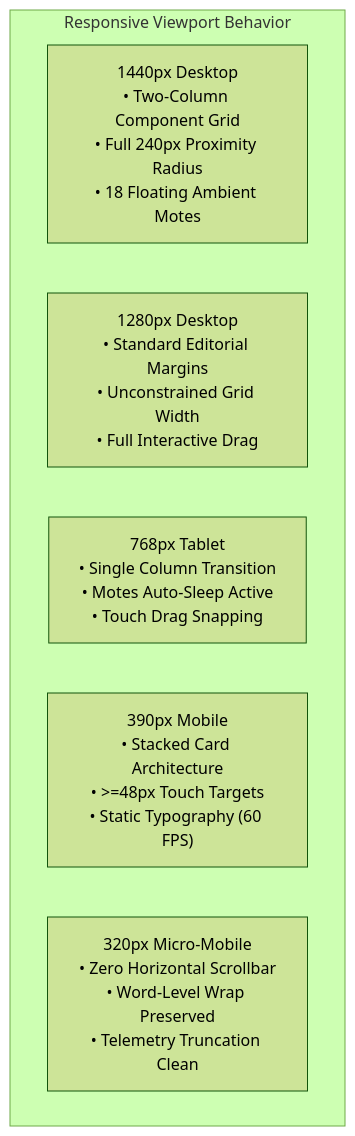
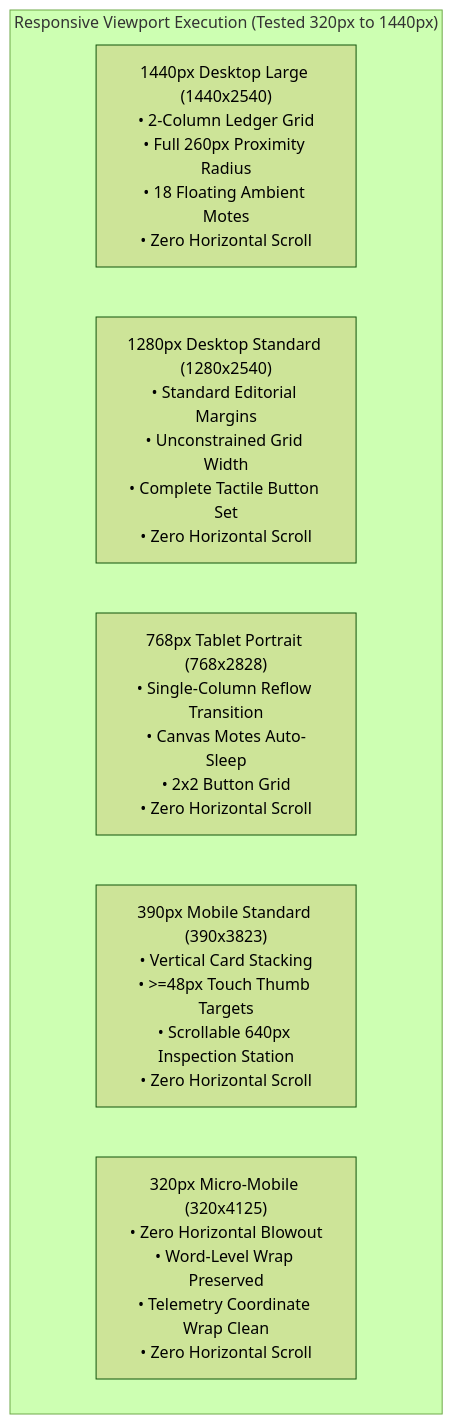
One commit to jimfleax/safepaws_sih changed the third of 3 diagrams in docs/SAFEPAWS_INCREMENT_1R_PANEL_A_VISUAL_REVIEW.md. Above: the diagram before and after it, drawn with Mermaid (forest theme). The commit also changed other lines of this file and 16 other files, not shown here.

Commit message:
feat: update SAFEPAWS project tracker and milestone documentation for Increment 1R-C; enhance InteractiveSticker component with reduced motion support and improved drag handling; update visual assets and testing specifications

````diff
--- a/docs/SAFEPAWS_INCREMENT_1R_PANEL_A_VISUAL_REVIEW.md
+++ b/docs/SAFEPAWS_INCREMENT_1R_PANEL_A_VISUAL_REVIEW.md
@@ -104,10 +182,10 @@
 ```mermaid
 flowchart TD
-    subgraph ResponsiveAdaptation ["Responsive Viewport Behavior"]
-        D1440["1440px Desktop\n• Two-Column Component Grid\n• Full 240px Proximity Radius\n• 18 Floating Ambient Motes"]
-        D1280["1280px Desktop\n• Standard Editorial Margins\n• Unconstrained Grid Width\n• Full Interactive Drag"]
-        T768["768px Tablet\n• Single Column Transition\n• Motes Auto-Sleep Active\n• Touch Drag Snapping"]
-        M390["390px Mobile\n• Stacked Card Architecture\n• >=48px Touch Targets\n• Static Typography (60 FPS)"]
-        M320["320px Micro-Mobile\n• Zero Horizontal Scrollbar\n• Word-Level Wrap Preserved\n• Telemetry Truncation Clean"]
+    subgraph ViewportAudit ["Responsive Viewport Execution (Tested 320px to 1440px)"]
+        D1440["1440px Desktop Large (1440x2540)\n• 2-Column Ledger Grid\n• Full 260px Proximity Radius\n• 18 Floating Ambient Motes\n• Zero Horizontal Scroll"]
+        D1280["1280px Desktop Standard (1280x2540)\n• Standard Editorial Margins\n• Unconstrained Grid Width\n• Complete Tactile Button Set\n• Zero Horizontal Scroll"]
+        T768["768px Tablet Portrait (768x2828)\n• Single-Column Reflow Transition\n• Canvas Motes Auto-Sleep\n• 2x2 Button Grid\n• Zero Horizontal Scroll"]
+        M390["390px Mobile Standard (390x3823)\n• Vertical Card Stacking\n• >=48px Touch Thumb Targets\n• Scrollable 640px Inspection Station\n• Zero Horizontal Scroll"]
+        M320["320px Micro-Mobile (320x4125)\n• Zero Horizontal Blowout\n• Word-Level Wrap Preserved\n• Telemetry Coordinate Wrap Clean\n• Zero Horizontal Scroll"]
     end
 ```
````
